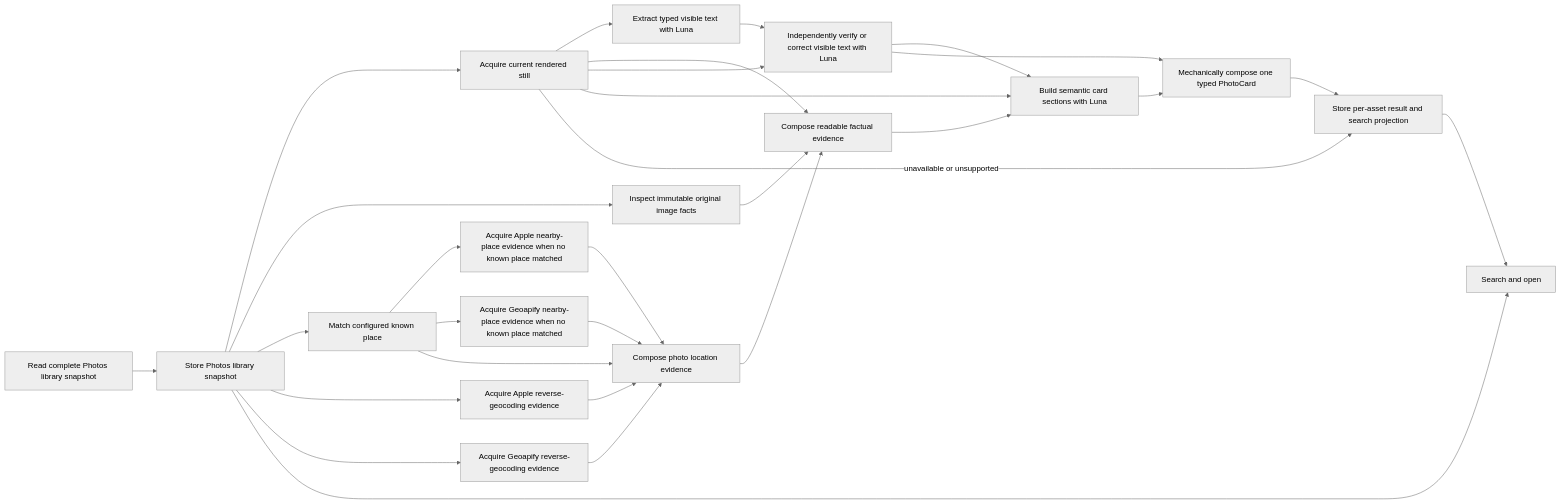
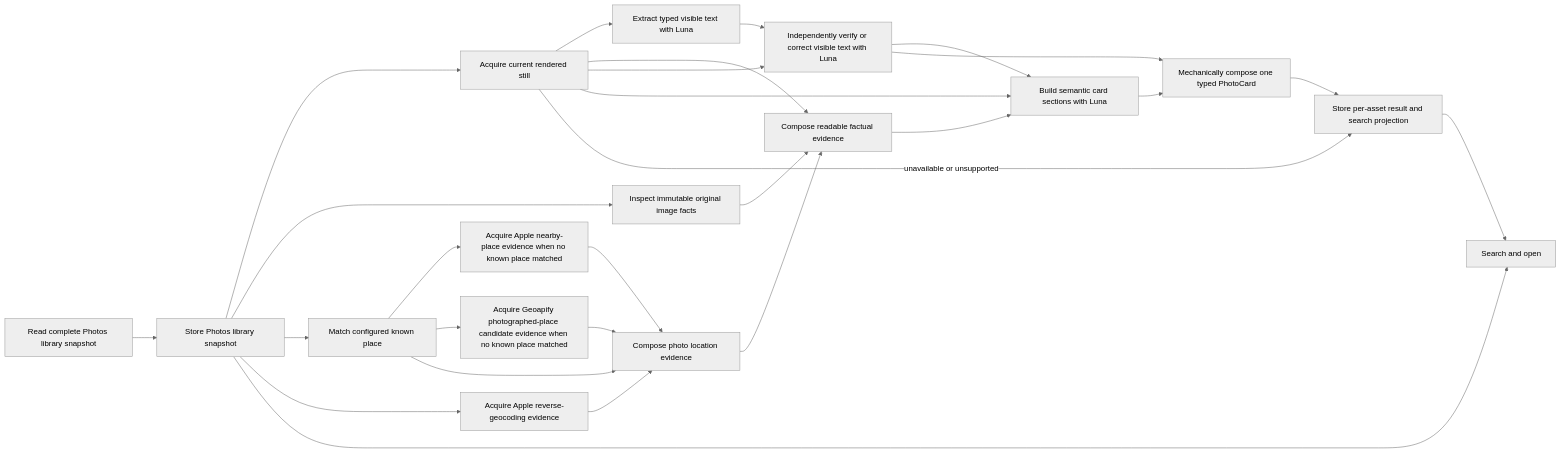
The diagram in trawlers/photos/docs/architecture.md (opentrawl/opentrawl), drawn with Mermaid (neutral theme) before and after one commit. The commit also changed other lines of this file and 20 other files, not shown here.

````diff
--- a/trawlers/photos/docs/architecture.md
+++ b/trawlers/photos/docs/architecture.md
@@ -26,31 +26,29 @@
 ```mermaid
 flowchart LR
     snapshot["Read complete Photos library snapshot"] --> index["Store Photos library snapshot"]
     index --> current["Acquire current rendered still"]
     index --> facts["Inspect immutable original image facts"]
     index --> known["Match configured known place"]
     index --> appleReverse["Acquire Apple reverse-geocoding evidence"]
     known --> appleNearby["Acquire Apple nearby-place evidence when no known place matched"]
-    index --> geoapifyReverse["Acquire Geoapify reverse-geocoding evidence"]
-    known --> geoapifyNearby["Acquire Geoapify nearby-place evidence when no known place matched"]
+    known --> geoapifyCandidates["Acquire Geoapify photographed-place candidate evidence when no known place matched"]
     current --> text["Extract typed visible text with Luna"]
     current --> readable["Compose readable factual evidence"]
     facts --> readable
     known --> locationEvidence["Compose photo location evidence"]
     appleReverse --> locationEvidence
     appleNearby --> locationEvidence
-    geoapifyReverse --> locationEvidence
-    geoapifyNearby --> locationEvidence
+    geoapifyCandidates --> locationEvidence
     locationEvidence --> readable
     text --> verify["Independently verify or correct visible text with Luna"]
     current --> verify
     verify --> card["Build semantic card sections with Luna"]
     current --> card
     readable --> card
     card --> compose["Mechanically compose one typed PhotoCard"]
     verify --> compose
     compose --> store["Store per-asset result and search projection"]
     current -->|unavailable or unsupported| store
     index --> query["Search and open"]
     store --> query
 ```
````
